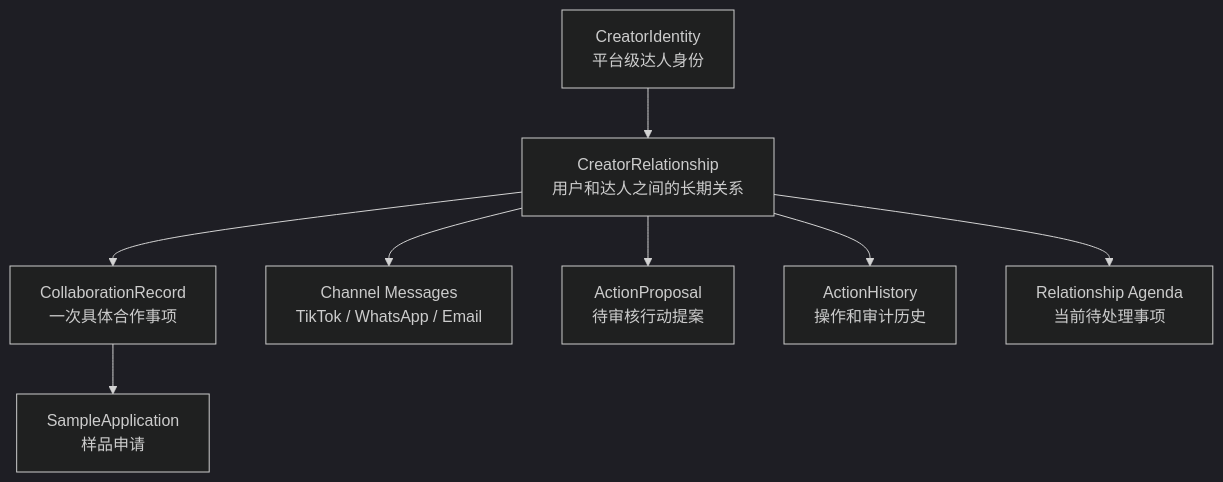
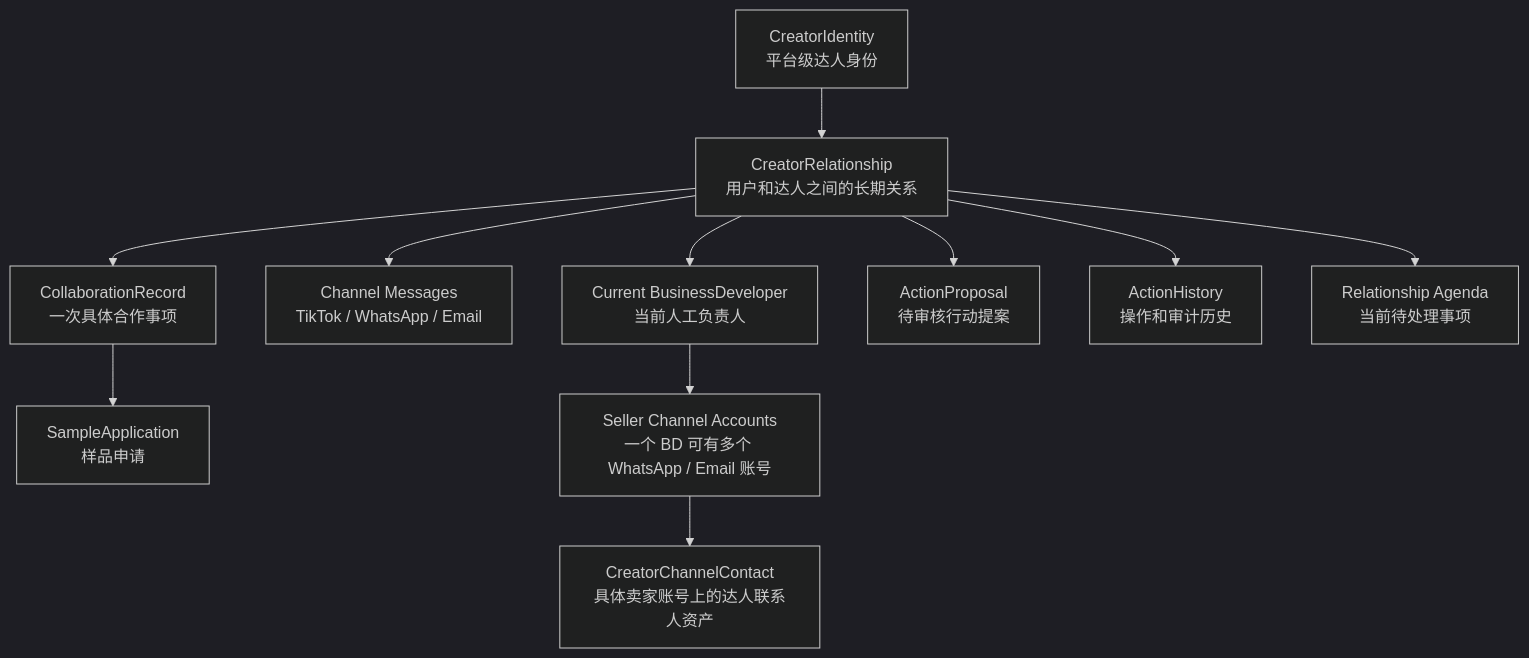
Before and after one commit to gaoyangz77/rivonclaw: the diagram in docs/SERVICES/AFFILIATE/PRODUCT_DESIGN.md, drawn with Mermaid (dark theme). The commit also changed other lines of this file and 12 other files, not shown here.

````diff
--- a/docs/SERVICES/AFFILIATE/PRODUCT_DESIGN.md
+++ b/docs/SERVICES/AFFILIATE/PRODUCT_DESIGN.md
@@ -1524,10 +1524,13 @@
 ```mermaid
 flowchart TD
     A["CreatorIdentity<br/>平台级达人身份"] --> B["CreatorRelationship<br/>用户和达人之间的长期关系"]
     B --> C["CollaborationRecord<br/>一次具体合作事项"]
     C --> D["SampleApplication<br/>样品申请"]
     B --> E["Channel Messages<br/>TikTok / WhatsApp / Email"]
+    B --> I["Current BusinessDeveloper<br/>当前人工负责人"]
+    I --> J["Seller Channel Accounts<br/>一个 BD 可有多个 WhatsApp / Email 账号"]
+    J --> K["CreatorChannelContact<br/>具体卖家账号上的达人联系人资产"]
     B --> F["ActionProposal<br/>待审核行动提案"]
     B --> G["ActionHistory<br/>操作和审计历史"]
     B --> H["Relationship Agenda<br/>当前待处理事项"]
 ```
````
